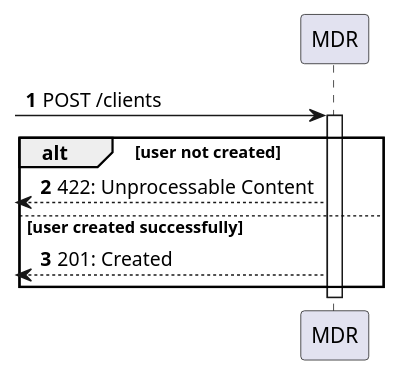
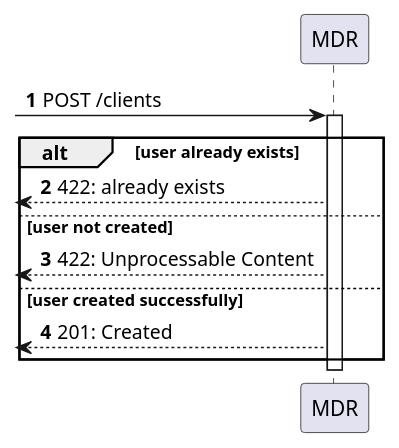
One commit to Departamento-de-Engenharia-Informatica/lapr5-23-24-g19 changed the diagram in docs/us20/level2/be-process-view.puml. Above: the diagram before and after it, drawn with PlantUML. The commit also changed 3 other files, not shown here.

```diff
--- a/docs/us20/level2/be-process-view.puml
+++ b/docs/us20/level2/be-process-view.puml
@@ -1,16 +1,18 @@
 @startuml
 autonumber
 
 participant "MDR" as mdr
 
 [-> mdr: POST /clients
 
 activate mdr
-    alt user not created
+    alt user already exists
+        [<-- mdr : 422: already exists
+    else user not created
         [<-- mdr : 422: Unprocessable Content
     else user created successfully
         [<-- mdr : 201: Created
     end
 deactivate mdr
 
 @enduml
```
